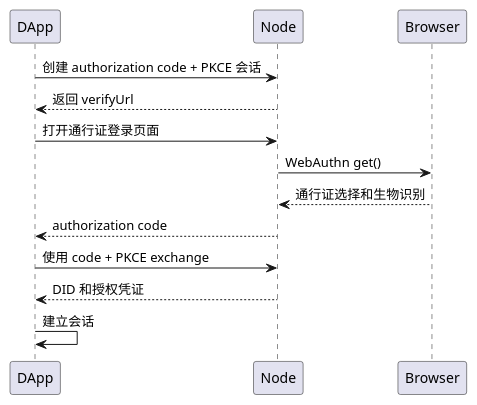
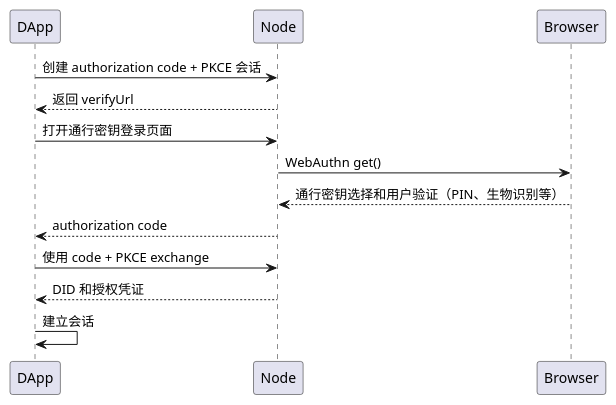
Before and after one commit to yeying-community/wallet: the fourth of 4 diagrams in docs/用户交互/连接授权页面规范.md, drawn with PlantUML. The commit also changed other lines of this file and 16 other files, not shown here.

Commit message:
docs(wallet): clarify identity model and passkey flows

````diff
--- a/docs/用户交互/连接授权页面规范.md
+++ b/docs/用户交互/连接授权页面规范.md
@@ -208,16 +210,16 @@
 ```plantuml
 @startuml
 participant DApp
 participant Node
 participant Browser
 DApp -> Node: 创建 authorization code + PKCE 会话
 Node --> DApp: 返回 verifyUrl
-DApp -> Node: 打开通行证登录页面
+DApp -> Node: 打开通行密钥登录页面
 Node -> Browser: WebAuthn get()
-Browser --> Node: 通行证选择和生物识别
+Browser --> Node: 通行密钥选择和用户验证（PIN、生物识别等）
 Node --> DApp: authorization code
 DApp -> Node: 使用 code + PKCE exchange
 Node --> DApp: DID 和授权凭证
 DApp -> DApp: 建立会话
 @enduml
 ```
````
